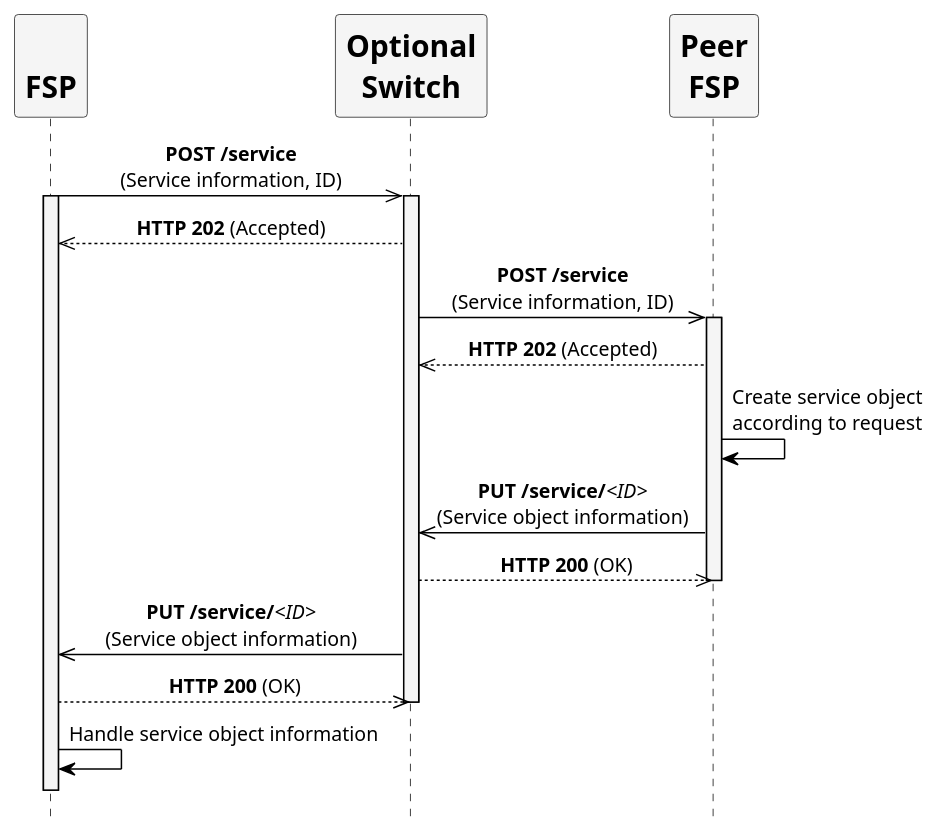
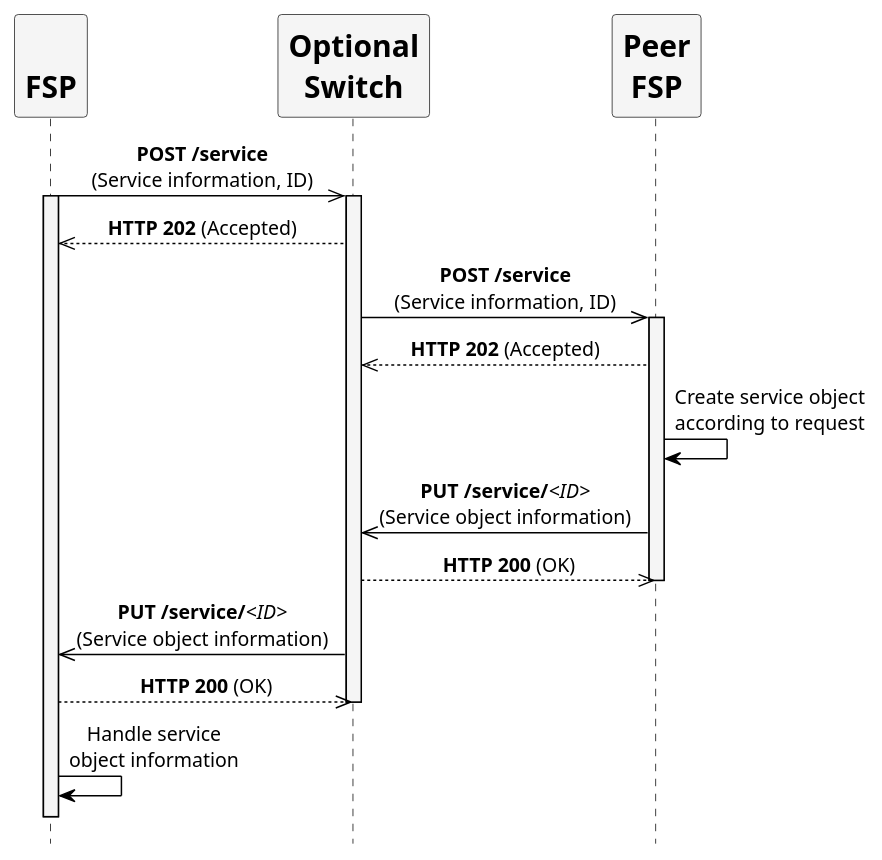
One commit to mojaloop/mojaloop-specification changed the diagram in assets/diagrams/sequence/figure1.plantuml. Above: the diagram before and after it, drawn with PlantUML. The commit also changed 46 other files, not shown here.

```diff
--- a/assets/diagrams/sequence/figure1.plantuml
+++ b/assets/diagrams/sequence/figure1.plantuml
@@ -24,45 +24,45 @@
 @startuml
 ' declaring skinparam
 skinparam sequenceMessageAlign center
 skinparam shadowing false
 skinparam defaultFontName Verdana
 skinparam monochrome true
 skinparam SequenceLifeLineBackgroundColor WhiteSmoke
 skinparam SequenceLifeLineBorderColor Black
 skinparam ParticipantFontStyle Bold
 skinparam ParticipantFontSize 20
 skinparam ParticipantBackgroundColor WhiteSmoke
 skinparam ArrowColor Black
 
 hide footbox
 
 ' declare title
 ' title HTTP POST call flow
 
 ' Actor Keys:
 ' participant - FSP, Peer FSP and Optional Switch
 
 ' declare actors
 participant "\nFSP" as FSP
 participant "Optional\nSwitch" as Switch
 participant "Peer\nFSP" as PEERFSP
 
 ' start flow
 FSP ->> Switch: **POST /service**\n(Service information, ID)
 activate FSP
 activate Switch
 FSP <<-- Switch: **HTTP 202** (Accepted)
 Switch ->> PEERFSP: **POST /service**\n(Service information, ID)
 activate PEERFSP
 Switch <<-- PEERFSP: **HTTP 202** (Accepted)
 PEERFSP -> PEERFSP: Create service object\naccording to request
 Switch <<- PEERFSP: **PUT /service/**//<ID>//\n(Service object information)
 Switch -->> PEERFSP: **HTTP 200** (OK)
 deactivate PEERFSP
 FSP <<- Switch: **PUT /service/**//<ID>//\n(Service object information)
 FSP -->> Switch: **HTTP 200** (OK)
 deactivate Switch
-FSP -> FSP: Handle service object information
+FSP -> FSP: Handle service\nobject information
 FSP -[hidden]> Switch
 deactivate FSP
 @enduml
```
